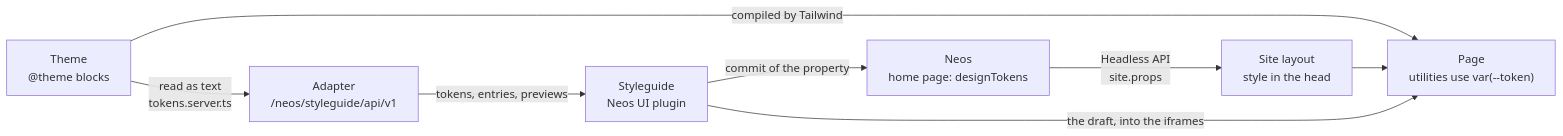
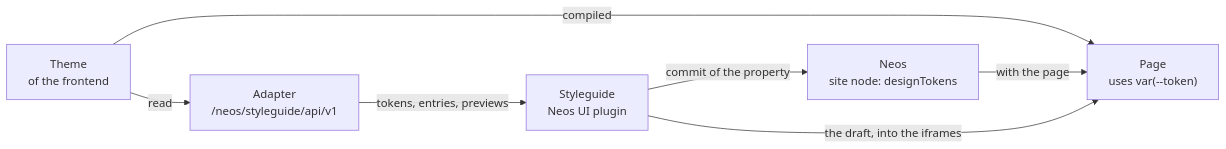
Before and after one commit to Devclaim/Devclaim.NeosStyleguide: the diagram in ARCHITECTURE.md, drawn with Mermaid. The commit also changed other lines of this file and 17 other files, not shown here.

Commit message:
TASK: theme tokens and sites in PHP for adapters inside Neos, smoother previews, use case select, Neos style gallery labels

````diff
--- a/ARCHITECTURE.md
+++ b/ARCHITECTURE.md
@@ -25,10 +23,9 @@
 ```mermaid
 flowchart LR
-    css["Theme<br/>@theme blocks"] -->|"compiled by Tailwind"| page["Page<br/>utilities use var(--token)"]
-    css -->|"read as text<br/>tokens.server.ts"| adapter["Adapter<br/>/neos/styleguide/api/v1"]
-    neos["Neos<br/>home page: designTokens"] -->|"Headless API<br/>site.props"| layout["Site layout<br/>style in the head"]
-    layout --> page
+    css["Theme<br/>of the frontend"] -->|"compiled"| page["Page<br/>uses var(--token)"]
+    css -->|"read"| adapter["Adapter<br/>/neos/styleguide/api/v1"]
+    neos["Neos<br/>site node: designTokens"] -->|"with the page"| page
     adapter -->|"tokens, entries, previews"| ui["Styleguide<br/>Neos UI plugin"]
     ui -->|"commit of the property"| neos
     ui -->|"the draft, into the iframes"| page
 ```
````
